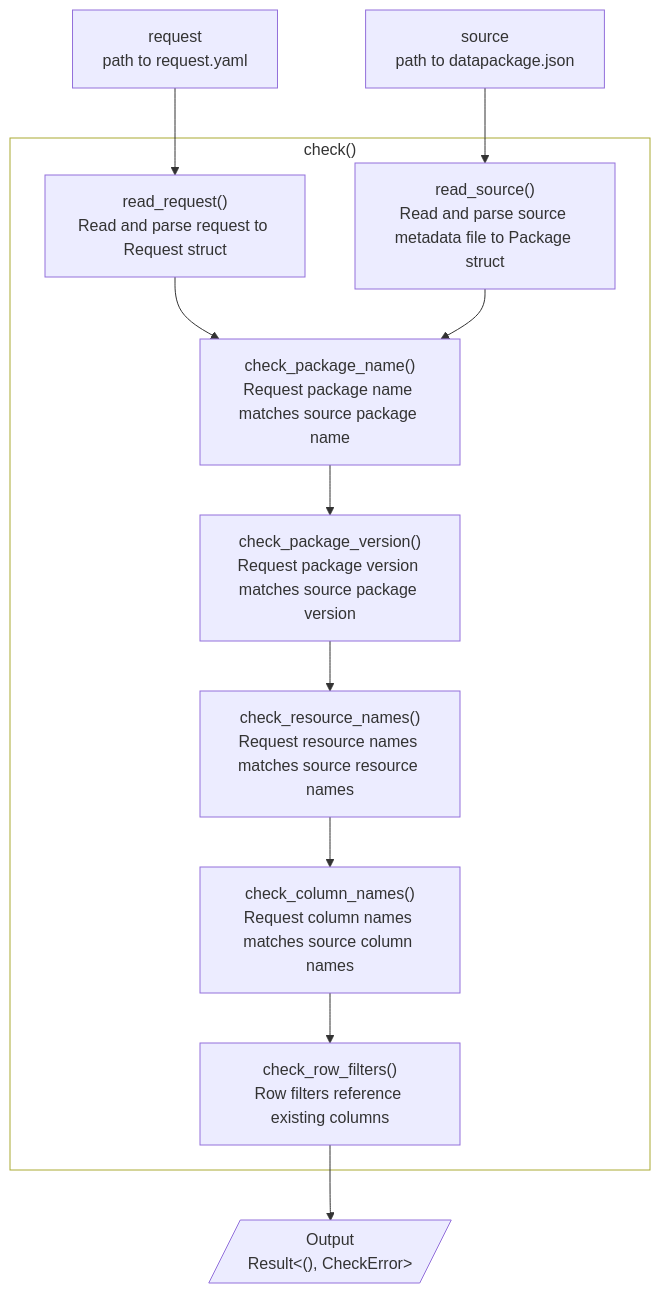
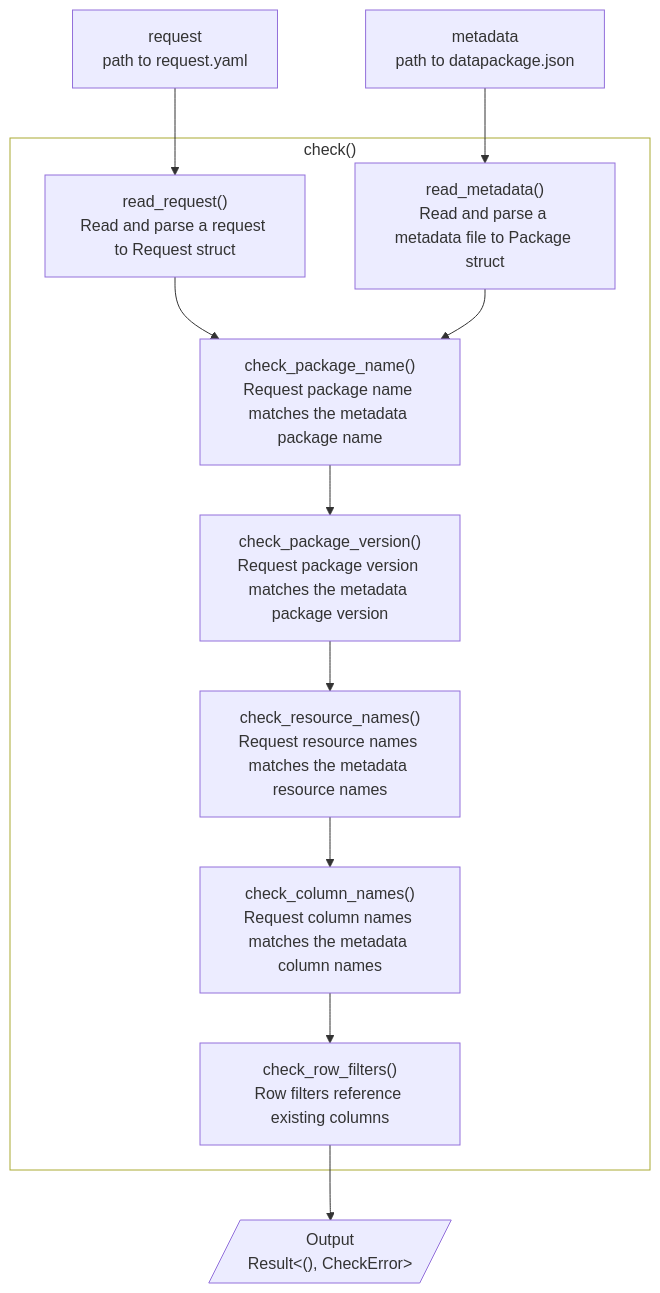
The diagram in docs/design/interface/rust.qmd (seedcase-project/seedcase-propagate), drawn with Mermaid before and after one commit. The commit also changed other lines of this file, not shown here.

Commit message:
docs: ✏️ "source" -> "metadata"

````diff
--- a/docs/design/interface/rust.qmd
+++ b/docs/design/interface/rust.qmd
@@ -18,32 +19,32 @@
 ```{mermaid}
 %%| label: fig-check-flow
 %%| fig-cap: "The flow of input and output through the check function."
 %%| fig-alt: >-
 %%|   Diagram showing the flow of input and output through the `check` function.
-%%|   The user provides the request and source metadata file. The function
-%%|   completes a set of checks, before returning a result that's either the
-%%|   unit type or a CheckError.
+%%|   The user provides the request and metadata file. The function completes a
+%%|   set of checks, before returning a result that's either the unit type or a
+%%|   CheckError.
 %%|   
 
 flowchart TD
     request["request<br>path to request.yaml"]
-    source["source<br>path to datapackage.json"]
+    metadata["metadata<br>path to datapackage.json"]
     output[/"Output<br>Result&lt;(), CheckError&gt;"/]
 
     subgraph check ["check()"]
-      read_request["read_request()<br>Read and parse request to Request struct"]
-      read_source["read_source()<br>Read and parse source metadata file to Package struct"]
-      check_package_name["check_package_name()<br>Request package name matches source package name"]
-      check_package_version["check_package_version()<br>Request package version matches source package version"]
-      check_resource_names["check_resource_names()<br>Request resource names matches source resource names"]
-      check_column_names["check_column_names()<br>Request column names matches source column names"]
+      read_request["read_request()<br>Read and parse a request to Request struct"]
+      read_metadata["read_metadata()<br>Read and parse a metadata file to Package struct"]
+      check_package_name["check_package_name()<br>Request package name matches the metadata package name"]
+      check_package_version["check_package_version()<br>Request package version matches the metadata package version"]
+      check_resource_names["check_resource_names()<br>Request resource names matches the metadata resource names"]
+      check_column_names["check_column_names()<br>Request column names matches the metadata column names"]
       check_row_filters["check_row_filters()<br>Row filters reference existing columns"]
     end
 
     request --> read_request --> check_package_name --> check_package_version --> check_resource_names --> check_column_names --> check_row_filters --> output
-    source --> read_source --> check_package_name
+    metadata --> read_metadata --> check_package_name
 
     check:::outer_function
 
   classDef outer_function fill:none
 ```
````
